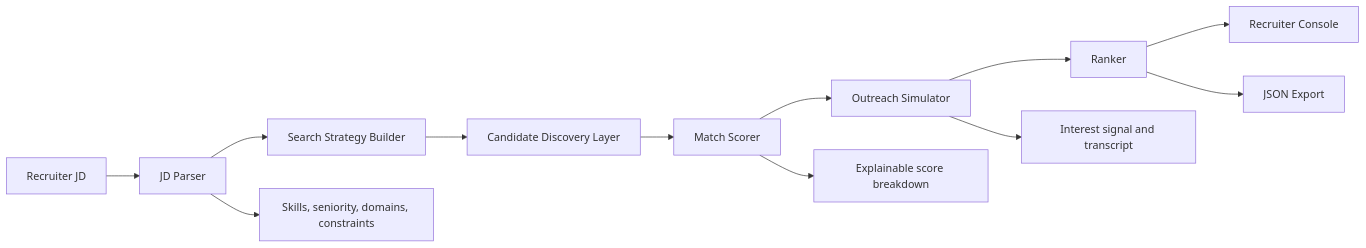
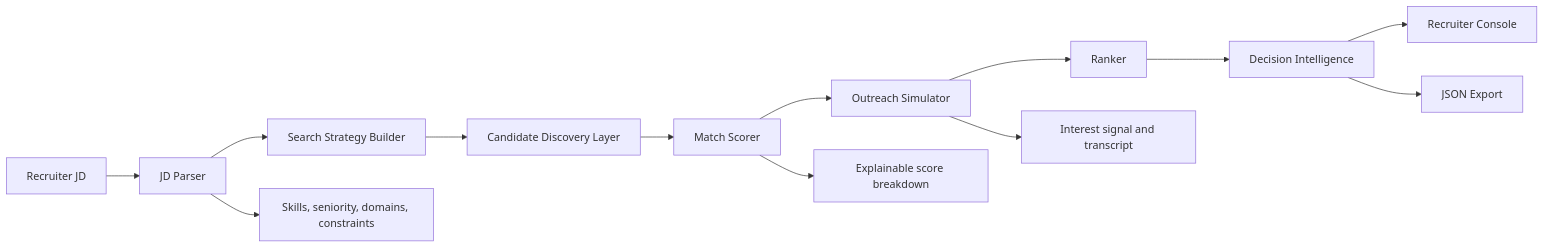
One commit to Sehaj64/catalyst-talent-agent changed the diagram in README.md. Above: the diagram before and after it, drawn with Mermaid. The commit also changed other lines of this file and 9 other files, not shown here.

Commit message:
Add recruiter decision intelligence

````diff
--- a/README.md
+++ b/README.md
@@ -29,15 +29,16 @@
 ```mermaid
 flowchart LR
     A["Recruiter JD"] --> B["JD Parser"]
     B --> C["Search Strategy Builder"]
     C --> D["Candidate Discovery Layer"]
     D --> E["Match Scorer"]
     E --> F["Outreach Simulator"]
     F --> G["Ranker"]
-    G --> H["Recruiter Console"]
-    G --> I["JSON Export"]
+    G --> H["Decision Intelligence"]
+    H --> I["Recruiter Console"]
+    H --> J["JSON Export"]
 
     B --> B1["Skills, seniority, domains, constraints"]
     E --> E1["Explainable score breakdown"]
     F --> F1["Interest signal and transcript"]
 ```
````
